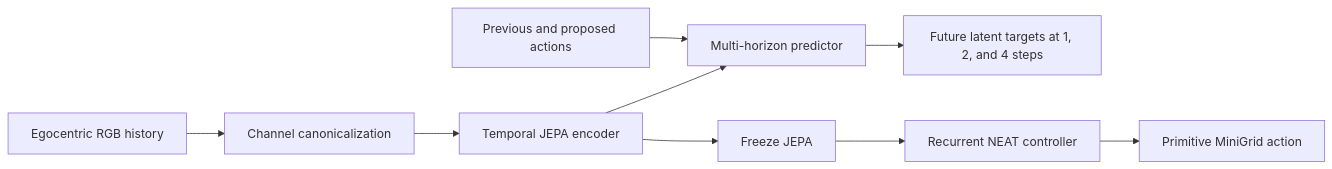
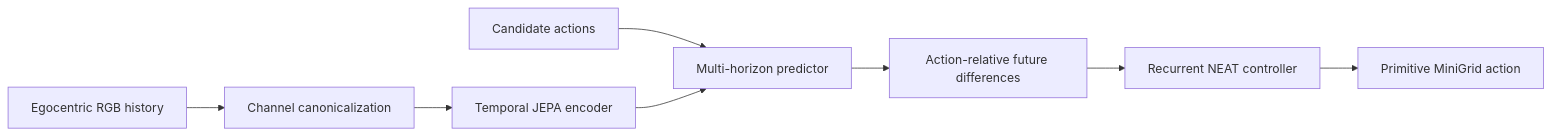
One commit to nicholas-limjk/zimablue changed the diagram in README.md. Above: the diagram before and after it, drawn with Mermaid. The commit also changed other lines of this file and 2 other files, not shown here.

````diff
--- a/README.md
+++ b/README.md
@@ -197,11 +19,10 @@
 ```mermaid
 flowchart LR
     O["Egocentric RGB history"] --> C["Channel canonicalization"]
     C --> E["Temporal JEPA encoder"]
-    A["Previous and proposed actions"] --> P["Multi-horizon predictor"]
+    A["Candidate actions"] --> P["Multi-horizon predictor"]
     E --> P
-    P --> T["Future latent targets at 1, 2, and 4 steps"]
-    E --> F["Freeze JEPA"]
-    F --> N["Recurrent NEAT controller"]
+    P --> D["Action-relative future differences"]
+    D --> N["Recurrent NEAT controller"]
     N --> X["Primitive MiniGrid action"]
 ```
````
